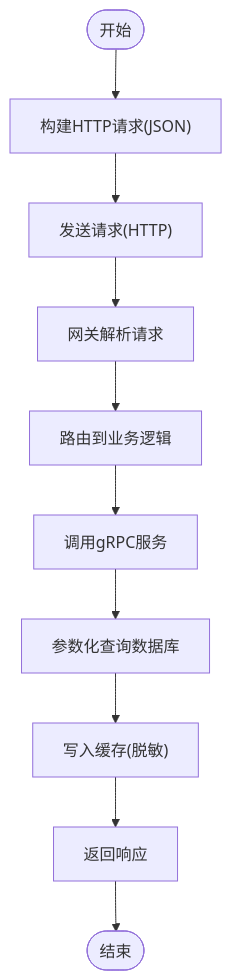
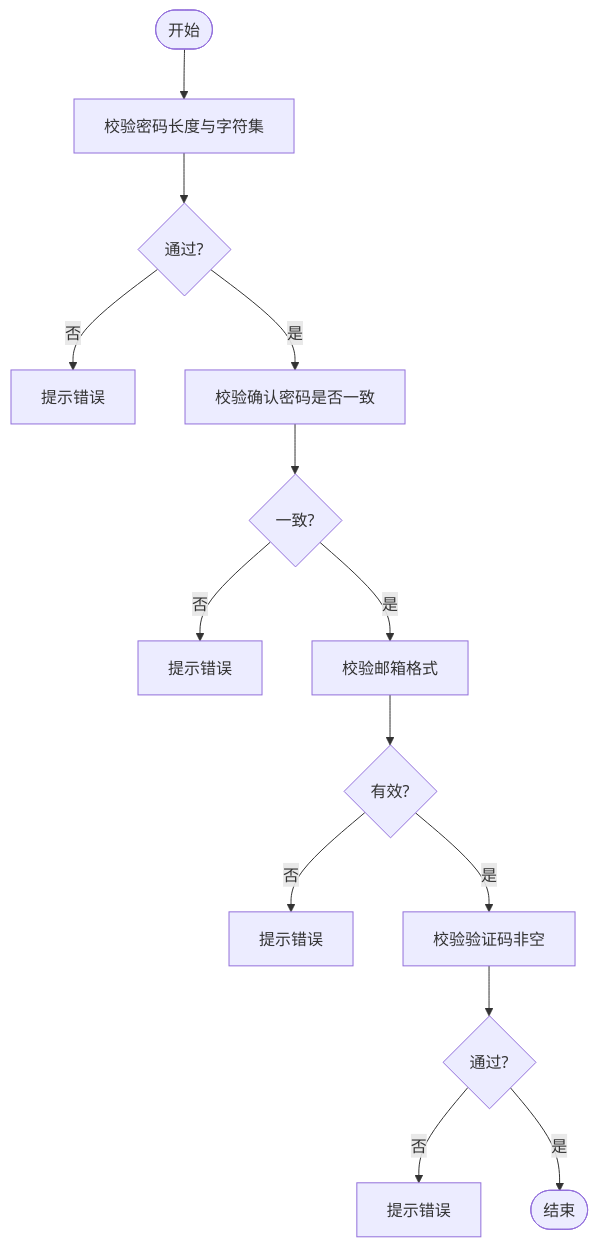
One commit to echo9923/mychatter changed the third of 7 diagrams in .qoder/repowiki/zh/content/安全设计/数据安全保护/数据安全保护.md. Above: the diagram before and after it, drawn with Mermaid. The commit also changed other lines of this file and 526 other files, not shown here.

````diff
--- a/.qoder/repowiki/zh/content/安全设计/数据安全保护/数据安全保护.md
+++ b/.qoder/repowiki/zh/content/安全设计/数据安全保护/数据安全保护.md
@@ -302,12 +136,16 @@
 ```mermaid
 flowchart TD
-Start(["开始"]) --> BuildReq["构建HTTP请求(JSON)"]
-BuildReq --> SendReq["发送请求(HTTP)"]
-SendReq --> ParseReq["网关解析请求"]
-ParseReq --> Route["路由到业务逻辑"]
-Route --> CallGRPC["调用gRPC服务"]
-CallGRPC --> QueryDB["参数化查询数据库"]
-QueryDB --> WriteCache["写入缓存(脱敏)"]
-WriteCache --> Resp["返回响应"]
-Resp --> End(["结束"])
+Start(["开始"]) --> CheckPwd["校验密码长度与字符集"]
+CheckPwd --> PwdOk{"通过?"}
+PwdOk -- 否 --> ErrPwd["提示错误"]
+PwdOk -- 是 --> CheckConfirm["校验确认密码是否一致"]
+CheckConfirm --> ConfirmOk{"一致?"}
+ConfirmOk -- 否 --> ErrConfirm["提示错误"]
+ConfirmOk -- 是 --> CheckEmail["校验邮箱格式"]
+CheckEmail --> EmailOk{"有效?"}
+EmailOk -- 否 --> ErrEmail["提示错误"]
+EmailOk -- 是 --> CheckVerify["校验验证码非空"]
+CheckVerify --> VerifyOk{"通过?"}
+VerifyOk -- 否 --> ErrVerify["提示错误"]
+VerifyOk -- 是 --> End(["结束"])
 ```
````
